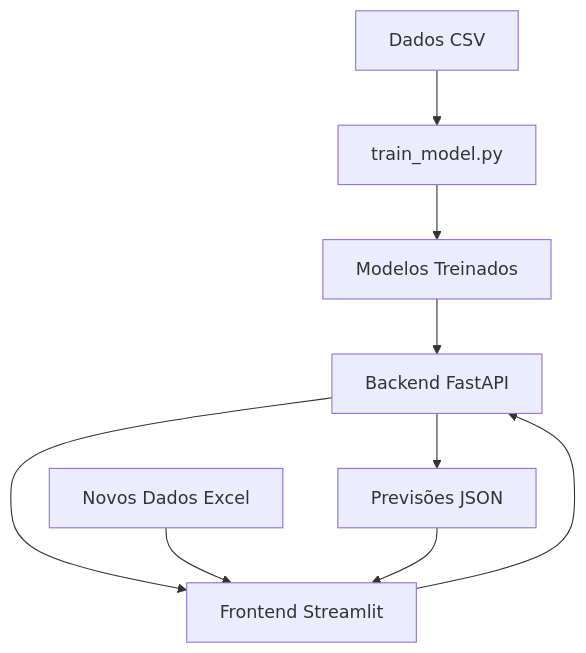
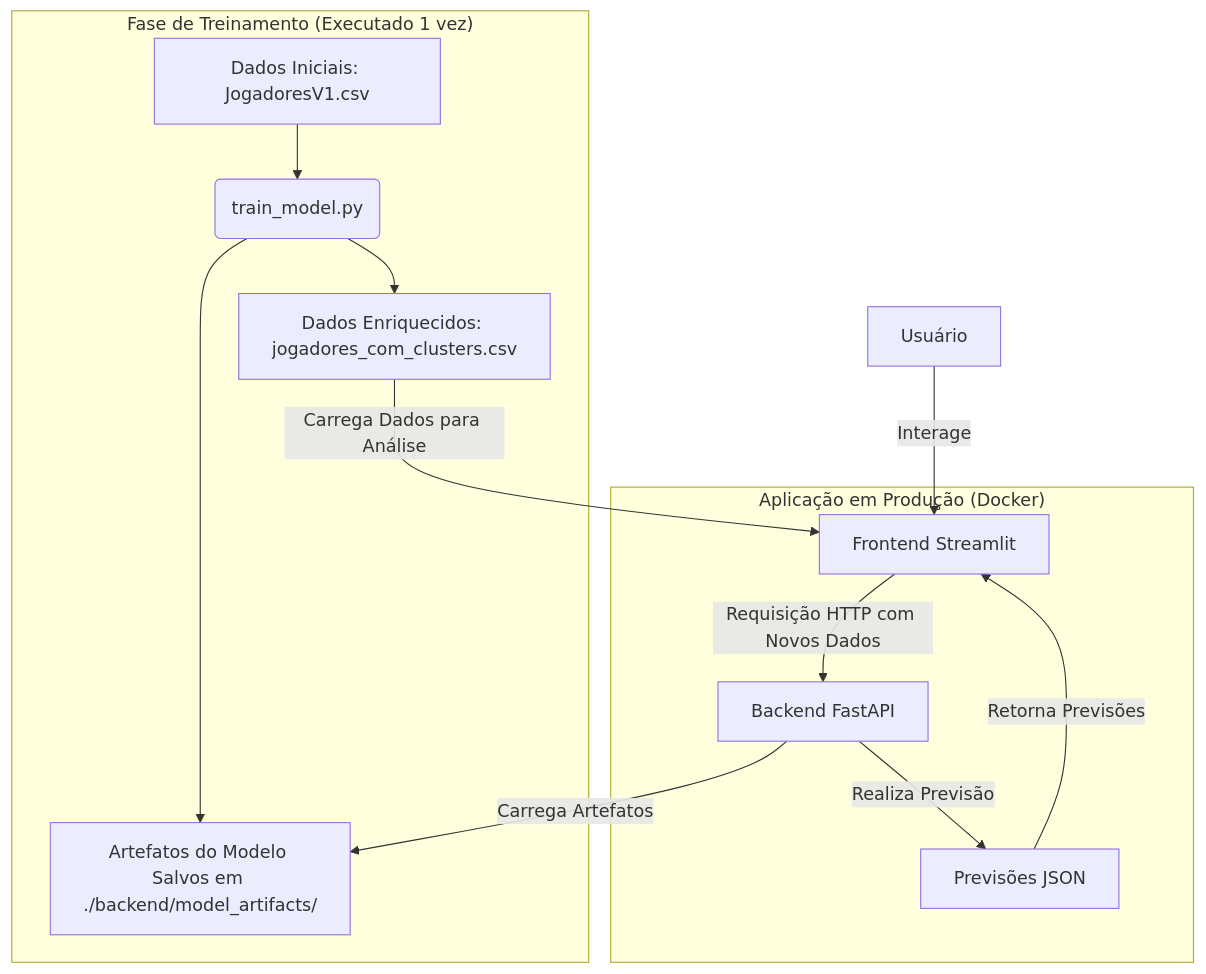
One commit to LuisFelipe210/dashboard-analise-jogadores-api changed the diagram in README.md. Above: the diagram before and after it, drawn with Mermaid. The commit also changed other lines of this file, not shown here.

````diff
--- a/README.md
+++ b/README.md
@@ -177,11 +9,18 @@
 ```mermaid
 graph TB
-    A[Dados CSV] --> B[train_model.py]
-    B --> C[Modelos Treinados]
-    C --> D[Backend FastAPI]
-    D --> E[Frontend Streamlit]
-    F[Novos Dados Excel] --> E
-    E --> D
-    D --> G[Previsões JSON]
-    G --> E
+    subgraph "Fase de Treinamento (Executado 1 vez)"
+        A[Dados Iniciais: JogadoresV1.csv] --> B(train_model.py)
+        B --> C[Artefatos do Modelo Salvos em ./backend/model_artifacts/]
+        B --> D[Dados Enriquecidos: jogadores_com_clusters.csv]
+    end
+
+    subgraph "Aplicação em Produção (Docker)"
+        E[Frontend Streamlit] -- Requisição HTTP com Novos Dados --> F[Backend FastAPI]
+        F -- Carrega Artefatos --> C
+        F -- Realiza Previsão --> G[Previsões JSON]
+        G -- Retorna Previsões --> E
+        D -- Carrega Dados para Análise --> E
+    end
+
+    H[Usuário] -- Interage --> E
 ```
````
